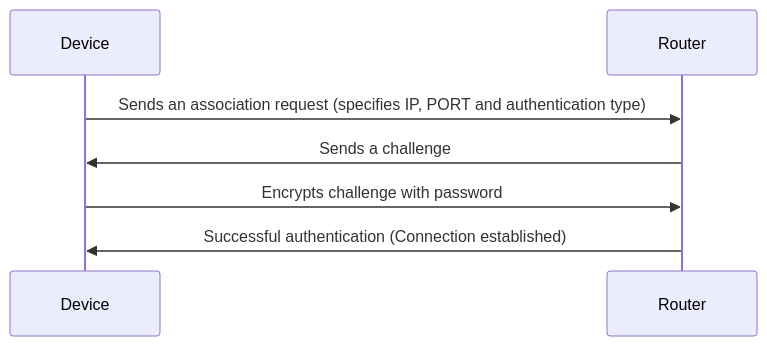
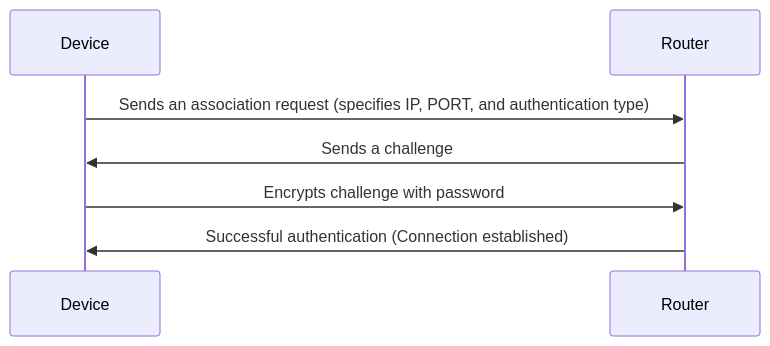
Before and after one commit to Kent1mrqs/WiFEncryptionSimulation: the second of 2 diagrams in Network/Authentification.md, drawn with Mermaid. The commit also changed other lines of this file and 10 other files, not shown here.

````diff
--- a/Network/Authentification.md
+++ b/Network/Authentification.md
@@ -35,12 +45,10 @@
 ```mermaid
-
 sequenceDiagram
     participant Device
     participant Router
 
-    Device->>Router: Sends an association request (specifies IP, PORT and authentication type)
+    Device->>Router: Sends an association request (specifies IP, PORT, and authentication type)
     Router->>Device: Sends a challenge 
     Device->>Router: Encrypts challenge with password 
     Router->>Device: Successful authentication (Connection established)
-
 ```
````
